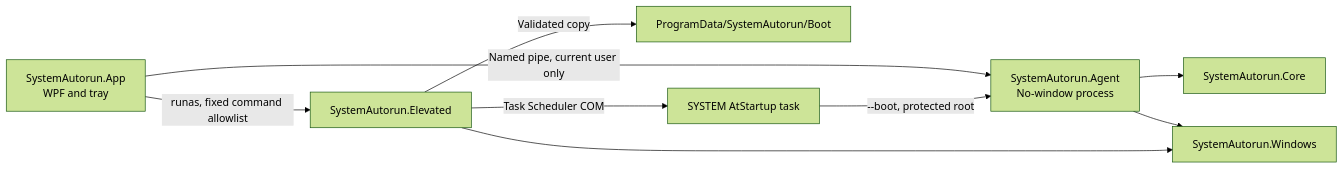
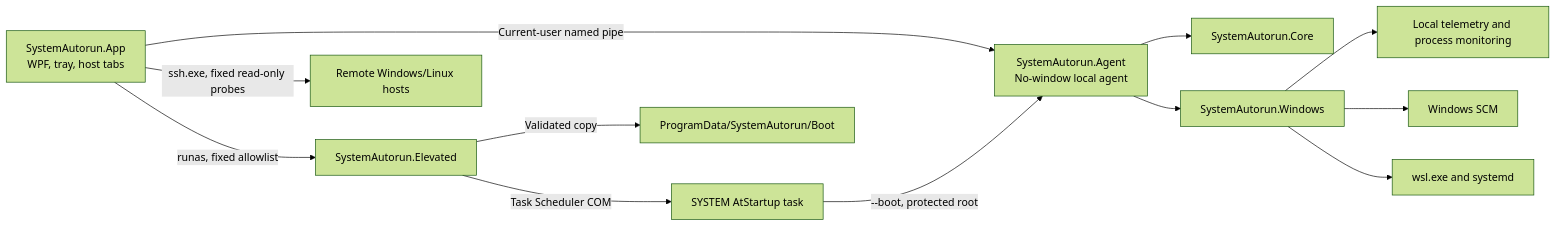
The diagram in docs/architecture.md (AngleNaris/Vigil), drawn with Mermaid (forest theme) before and after one commit. The commit also changed other lines of this file and 564 other files, not shown here.

````diff
--- a/docs/architecture.md
+++ b/docs/architecture.md
@@ -12,11 +31,14 @@
 ```mermaid
 flowchart LR
-    GUI["SystemAutorun.App\nWPF and tray"] -->|"Named pipe, current user only"| AGENT["SystemAutorun.Agent\nNo-window process"]
-    GUI -->|"runas, fixed command allowlist"| ELEVATED["SystemAutorun.Elevated"]
+    GUI["SystemAutorun.App\nWPF, tray, host tabs"] -->|"Current-user named pipe"| AGENT["SystemAutorun.Agent\nNo-window local agent"]
+    GUI -->|"ssh.exe, fixed read-only probes"| REMOTE["Remote Windows/Linux hosts"]
+    GUI -->|"runas, fixed allowlist"| ELEVATED["SystemAutorun.Elevated"]
     AGENT --> CORE["SystemAutorun.Core"]
     AGENT --> WINDOWS["SystemAutorun.Windows"]
-    ELEVATED --> WINDOWS
+    WINDOWS --> HOST["Local telemetry and process monitoring"]
+    WINDOWS --> SCM["Windows SCM"]
+    WINDOWS --> WSL["wsl.exe and systemd"]
     ELEVATED -->|"Validated copy"| BOOTROOT["ProgramData/SystemAutorun/Boot"]
     ELEVATED -->|"Task Scheduler COM"| TASK["SYSTEM AtStartup task"]
     TASK -->|"--boot, protected root"| AGENT
 ```
````
